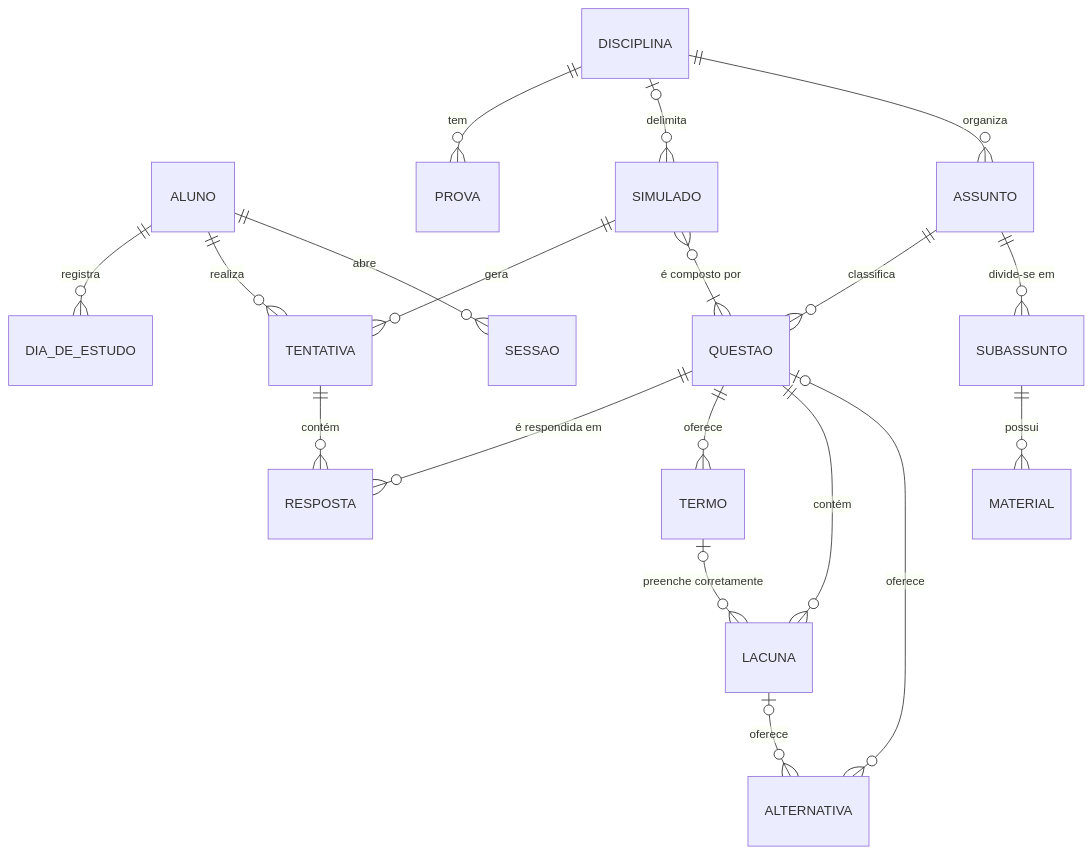
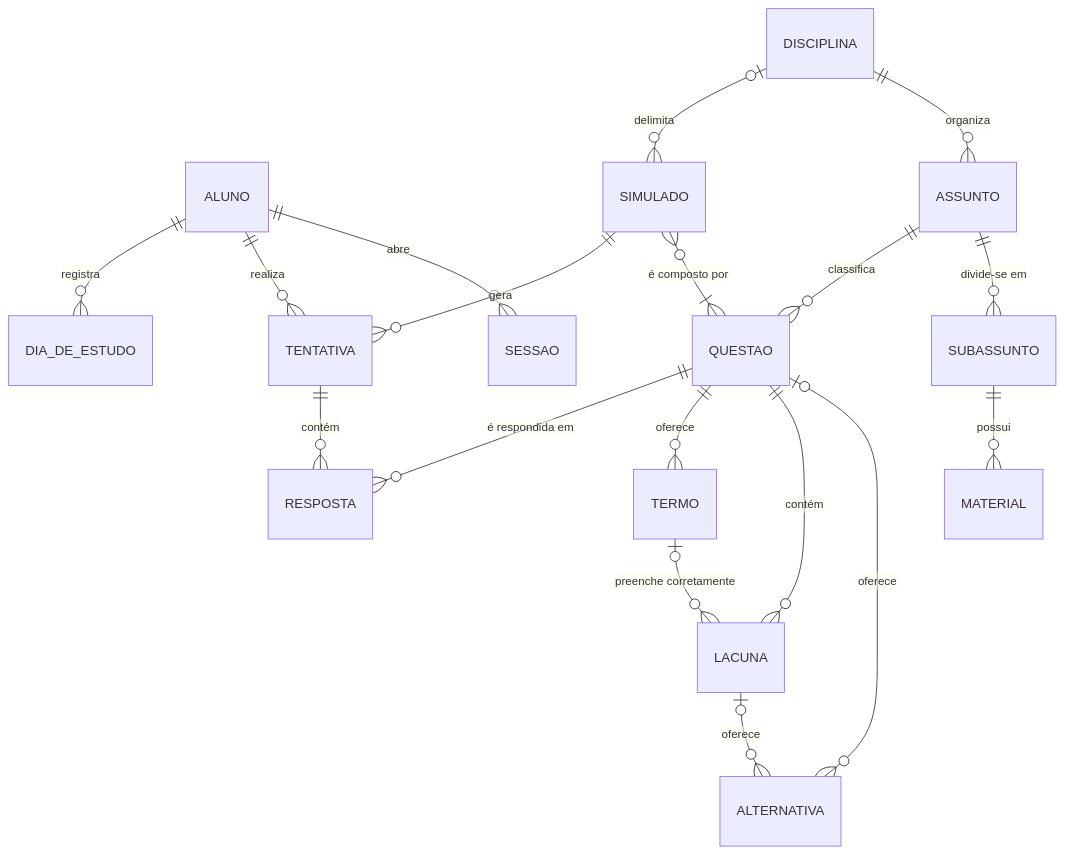
One commit to igor-fuchs01/student-app changed the first of 2 diagrams in docs/06-modelagem-de-dados.md. Above: the diagram before and after it, drawn with Mermaid. The commit also changed other lines of this file and 2 other files, not shown here.

````diff
--- a/docs/06-modelagem-de-dados.md
+++ b/docs/06-modelagem-de-dados.md
@@ -170,25 +168,23 @@
 ```mermaid
 erDiagram
     ALUNO ||--o{ SESSAO : "abre"
     ALUNO ||--o{ TENTATIVA : "realiza"
     ALUNO ||--o{ DIA_DE_ESTUDO : "registra"
 
     DISCIPLINA ||--o{ ASSUNTO : "organiza"
     ASSUNTO ||--o{ SUBASSUNTO : "divide-se em"
     SUBASSUNTO ||--o{ MATERIAL : "possui"
     ASSUNTO ||--o{ QUESTAO : "classifica"
 
     QUESTAO |o--o{ ALTERNATIVA : "oferece"
     QUESTAO ||--o{ LACUNA : "contém"
     LACUNA |o--o{ ALTERNATIVA : "oferece"
     QUESTAO ||--o{ TERMO : "oferece"
     TERMO |o--o{ LACUNA : "preenche corretamente"
 
     DISCIPLINA |o--o{ SIMULADO : "delimita"
     SIMULADO }o--|{ QUESTAO : "é composto por"
     SIMULADO ||--o{ TENTATIVA : "gera"
     TENTATIVA ||--o{ RESPOSTA : "contém"
     QUESTAO ||--o{ RESPOSTA : "é respondida em"
-
-    DISCIPLINA ||--o{ PROVA : "tem"
 ```
````
